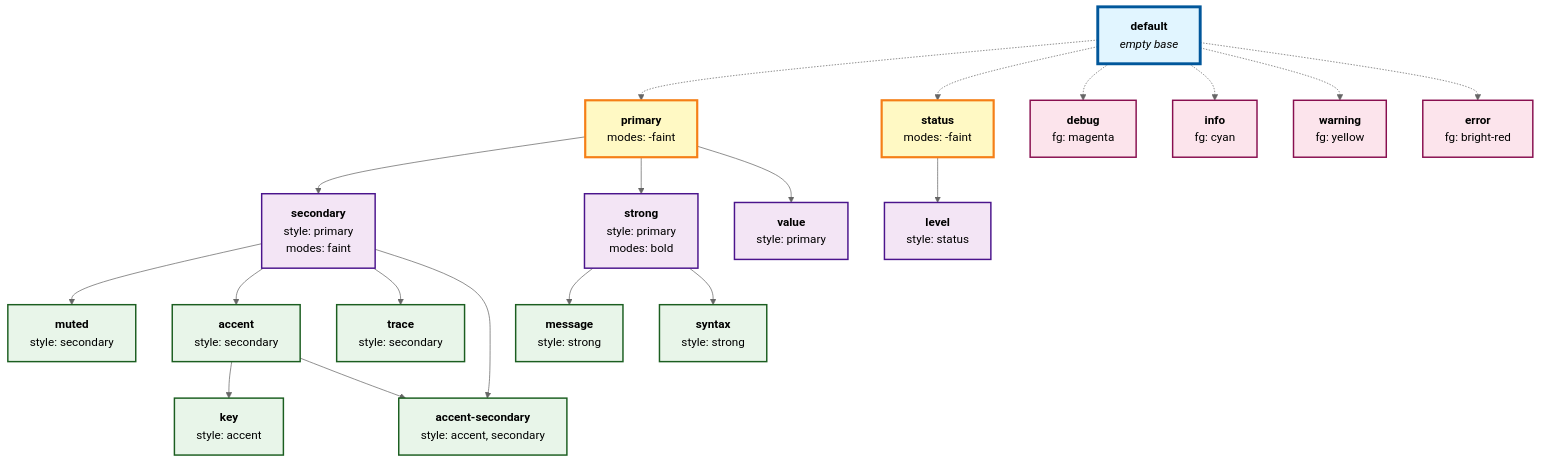
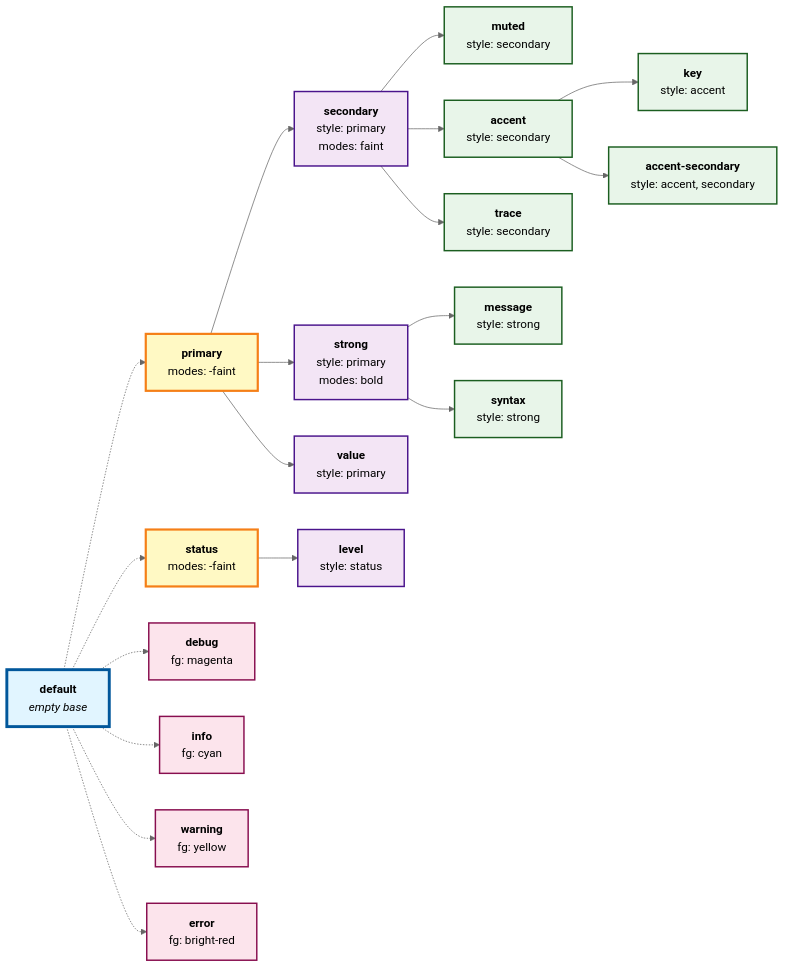
Before and after one commit to pamburus/hl: the diagram in doc/theme-style-roles.mmd, drawn with Mermaid. The commit also changed 1 other file, not shown here.

```diff
--- a/doc/theme-style-roles.mmd
+++ b/doc/theme-style-roles.mmd
@@ -1,79 +1,76 @@
 %%{init: {'theme':'base','themeVariables':{'primaryColor':'#e1f5ff','primaryTextColor':'#000','primaryBorderColor':'#01579b','lineColor':'#666','secondaryColor':'#fff9c4','tertiaryColor':'#f3e5f5','background':'transparent','mainBkg':'transparent','secondaryBkg':'transparent','tertiaryBkg':'transparent'}}}%%
-graph TB
-    %% Root - centered at top
+graph LR
+    %% Root
     default["<b>default</b><br/><i>empty base</i>"]
 
-    %% Tier 1 - Primary hierarchy and independent status
+    %% Tier 1
     primary["<b>primary</b><br/>modes: -faint"]
     status["<b>status</b><br/>modes: -faint"]
 
-    %% Tier 2 - Primary derivatives
+    %% Tier 2
     secondary["<b>secondary</b><br/>style: primary<br/>modes: faint"]
     strong["<b>strong</b><br/>style: primary<br/>modes: bold"]
     value["<b>value</b><br/>style: primary"]
+    level["<b>level</b><br/>style: status"]
 
-    %% Tier 3 - Secondary derivatives (left branch)
+    %% Tier 3 - Secondary branch
     muted["<b>muted</b><br/>style: secondary"]
     accent["<b>accent</b><br/>style: secondary"]
     trace["<b>trace</b><br/>style: secondary"]
 
-    %% Tier 3 - Accent derivatives (middle branch)
+    %% Tier 3 - Strong branch
+    message["<b>message</b><br/>style: strong"]
+    syntax["<b>syntax</b><br/>style: strong"]
+
+    %% Tier 4 - Accent derivatives
     key["<b>key</b><br/>style: accent"]
     accsec["<b>accent-secondary</b><br/>style: accent, secondary"]
 
-    %% Tier 3 - Strong derivatives (right branch)
-    message["<b>message</b><br/>style: strong"]
-    syntax["<b>syntax</b><br/>style: strong"]
-
-    %% Status derivative
-    level["<b>level</b><br/>style: status"]
-
-    %% Log level roles - independent (bottom row)
+    %% Independent log levels
     debug["<b>debug</b><br/>fg: magenta"]
     info["<b>info</b><br/>fg: cyan"]
     warning["<b>warning</b><br/>fg: yellow"]
     error["<b>error</b><br/>fg: bright-red"]
 
-    %% Implicit inheritance from default (dotted lines)
+    %% Connections from default
     default -.-> primary
     default -.-> status
     default -.-> debug
     default -.-> info
     default -.-> warning
     default -.-> error
 
-    %% Primary hierarchy (solid lines)
+    %% Primary branch
     primary --> secondary
     primary --> strong
     primary --> value
 
-    %% Secondary derivatives
+    %% Secondary branch
     secondary --> muted
     secondary --> accent
     secondary --> trace
-    secondary --> accsec
 
-    %% Accent derivatives
+    %% Accent branch
     accent --> key
     accent --> accsec
 
-    %% Strong derivatives
+    %% Strong branch
     strong --> message
     strong --> syntax
 
-    %% Status derivative
+    %% Status branch
     status --> level
 
     %% Style definitions with readable colors for both light and dark backgrounds
     classDef root fill:#e1f5ff,stroke:#01579b,stroke-width:4px,color:#000
     classDef tier1 fill:#fff9c4,stroke:#f57f17,stroke-width:3px,color:#000
     classDef tier2 fill:#f3e5f5,stroke:#4a148c,stroke-width:2px,color:#000
     classDef tier3 fill:#e8f5e9,stroke:#1b5e20,stroke-width:2px,color:#000
     classDef independent fill:#fff3e0,stroke:#e65100,stroke-width:2px,color:#000
     classDef loglevel fill:#fce4ec,stroke:#880e4f,stroke-width:2px,color:#000
 
     class default root
     class primary,status tier1
     class secondary,strong,value,level tier2
     class muted,accent,trace,key,accsec,message,syntax tier3
     class debug,info,warning,error loglevel
```
